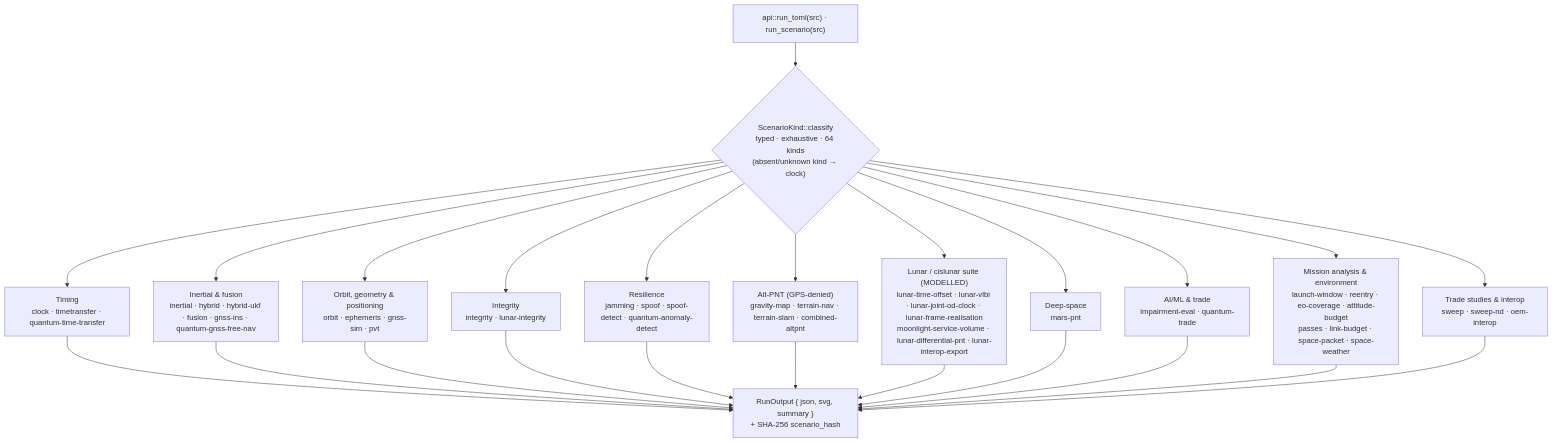
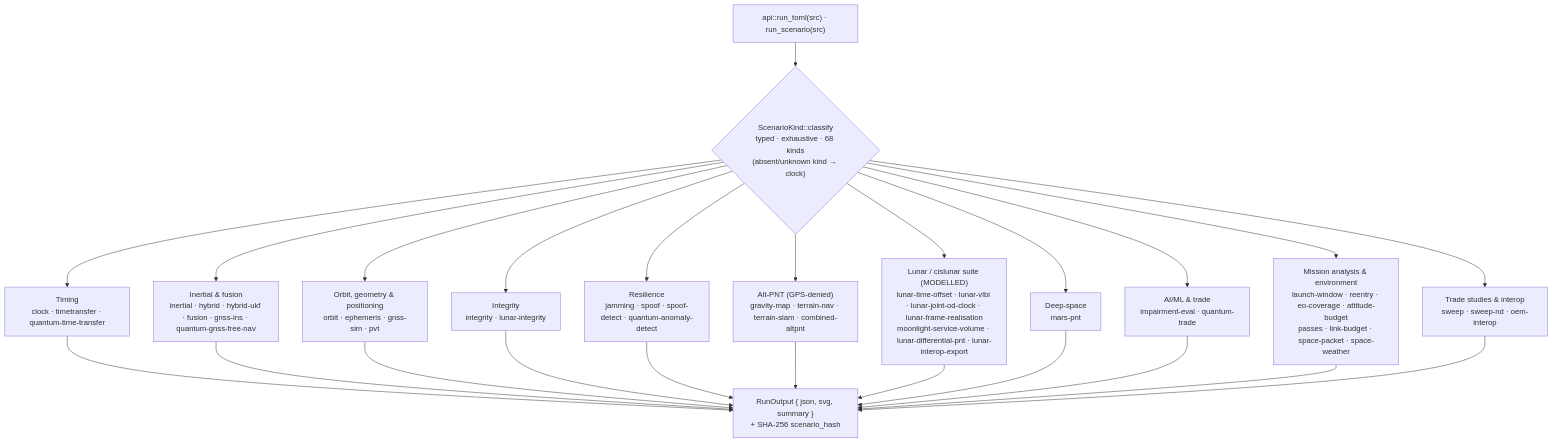
One commit to ashfordeOU/kshana changed the seventh of 11 diagrams in docs/ARCHITECTURE.md. Above: the diagram before and after it, drawn with Mermaid. The commit also changed other lines of this file and 33 other files, not shown here.

First line of the commit message:
docs: reconcile every count surface to the merged engine: 68 kinds, 93 scenario files, 189 matrix rows

````diff
--- a/docs/ARCHITECTURE.md
+++ b/docs/ARCHITECTURE.md
@@ -406,16 +406,16 @@
 ```mermaid
 flowchart TD
-    F["api::run_toml(src) · run_scenario(src)"] --> K{"ScenarioKind::classify<br/>typed · exhaustive · 64 kinds<br/>(absent/unknown kind → clock)"}
+    F["api::run_toml(src) · run_scenario(src)"] --> K{"ScenarioKind::classify<br/>typed · exhaustive · 68 kinds<br/>(absent/unknown kind → clock)"}
     K --> G1["Timing<br/>clock · timetransfer · quantum-time-transfer"]
     K --> G2["Inertial & fusion<br/>inertial · hybrid · hybrid-ukf · fusion · gnss-ins · quantum-gnss-free-nav"]
     K --> G3["Orbit, geometry & positioning<br/>orbit · ephemeris · gnss-sim · pvt"]
     K --> G4["Integrity<br/>integrity · lunar-integrity"]
     K --> G5["Resilience<br/>jamming · spoof · spoof-detect · quantum-anomaly-detect"]
     K --> G6["Alt-PNT (GPS-denied)<br/>gravity-map · terrain-nav · terrain-slam · combined-altpnt"]
     K --> G7["Lunar / cislunar suite (MODELLED)<br/>lunar-time-offset · lunar-vlbi · lunar-joint-od-clock · lunar-frame-realisation<br/>moonlight-service-volume · lunar-differential-pnt · lunar-interop-export"]
     K --> G8["Deep-space<br/>mars-pnt"]
     K --> G9["AI/ML & trade<br/>impairment-eval · quantum-trade"]
     K --> G10["Mission analysis & environment<br/>launch-window · reentry · eo-coverage · attitude-budget<br/>passes · link-budget · space-packet · space-weather"]
     K --> G11["Trade studies & interop<br/>sweep · sweep-nd · oem-interop"]
     G1 & G2 & G3 & G4 & G5 & G6 & G7 & G8 & G9 & G10 & G11 --> W["RunOutput { json, svg, summary }<br/>+ SHA-256 scenario_hash"]
 ```
````
